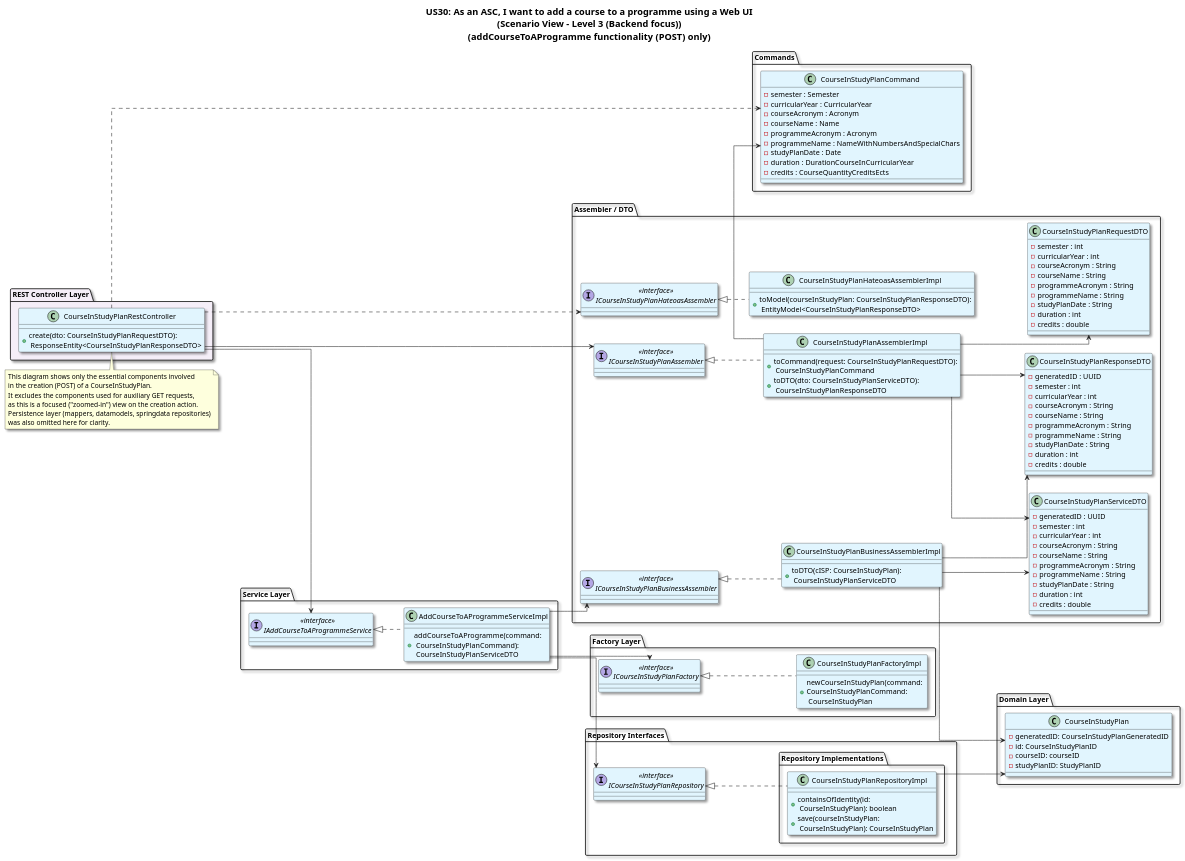
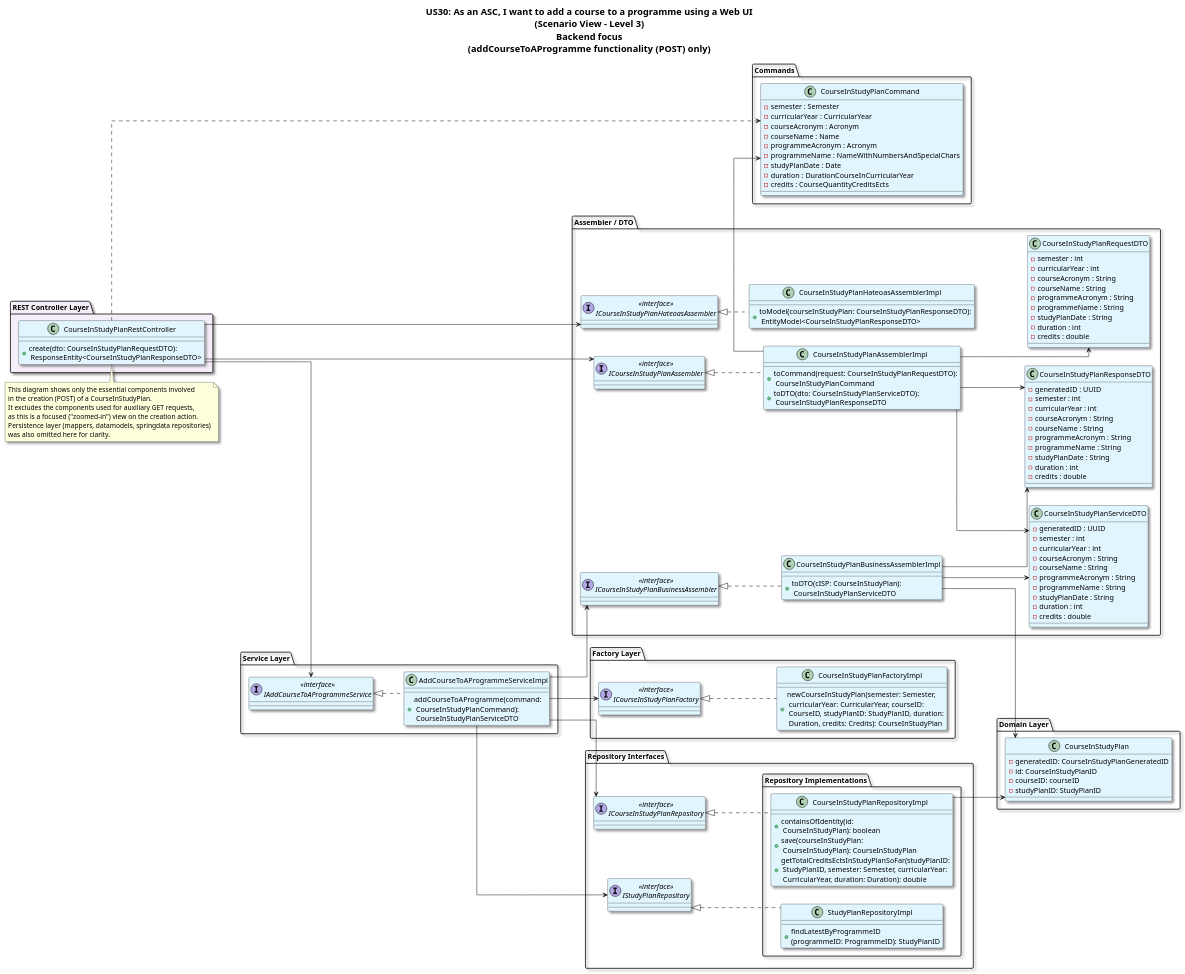
The diagram in docs/US30/Sprint_7/ScenarioView/Level3_ComponentContext_Backend.puml (GasparISEP/DevOps-PAI), drawn with PlantUML before and after one commit.

Commit message:
docs(add-course-to-a-programme): refactor level 3 scenario diagram to fully reflect logic and add important missing methods, classes and relationships (refs: #701, #704)

```diff
--- a/docs/US30/Sprint_7/ScenarioView/Level3_ComponentContext_Backend.puml
+++ b/docs/US30/Sprint_7/ScenarioView/Level3_ComponentContext_Backend.puml
@@ -1,178 +1,185 @@
 @startuml
-title: US30: As an ASC, I want to add a course to a programme using a Web UI\n(Scenario View - Level 3 (Backend focus))\n(addCourseToAProgramme functionality (POST) only)
+title: US30: As an ASC, I want to add a course to a programme using a Web UI\n(Scenario View - Level 3)\nBackend focus\n(addCourseToAProgramme functionality (POST) only)
 
 
 ' ========== SETTINGS ==========
 skinparam classBackgroundColor #E1F5FE
 skinparam titleFontSize 18
 skinparam linetype ortho
 skinparam LegendBackgroundColor white
 skinparam LegendBorderColor white
 skinparam classFontSize 14
 skinparam shadowing true
 skinparam rectangle {
   RoundCorner 20
 }
 skinparam classBorderColor Black
 left to right direction
 
 
 package "REST Controller Layer" #F5EEF8 {
   class CourseInStudyPlanRestController {
     +create(dto: CourseInStudyPlanRequestDTO):\n ResponseEntity<CourseInStudyPlanResponseDTO>
     }
 }
 
 note top
 This diagram shows only the essential components involved
 in the creation (POST) of a CourseInStudyPlan.
 It excludes the components used for auxiliary GET requests,
 as this is a focused ("zoomed-in") view on the creation action.
 Persistence layer (mappers, datamodels, springdata repositories)
 was also omitted here for clarity.
 end note
 
 package "Service Layer" {
   interface "<<interface>>\nIAddCourseToAProgrammeService" as IAddCourseToAProgrammeService
   class AddCourseToAProgrammeServiceImpl {
     +addCourseToAProgramme(command:\n CourseInStudyPlanCommand):\n CourseInStudyPlanServiceDTO
   }
 }
 
 package "Assembler / DTO" {
   interface "<<interface>>\nICourseInStudyPlanAssembler" as ICourseInStudyPlanAssembler
   class CourseInStudyPlanAssemblerImpl {
 +toCommand(request: CourseInStudyPlanRequestDTO):\n CourseInStudyPlanCommand
 +toDTO(dto: CourseInStudyPlanServiceDTO):\n CourseInStudyPlanResponseDTO
 }
   interface "<<interface>>\nICourseInStudyPlanBusinessAssembler" as ICourseInStudyPlanBusinessAssembler
     class CourseInStudyPlanBusinessAssemblerImpl {
   +toDTO(cISP: CourseInStudyPlan):\n CourseInStudyPlanServiceDTO
   }
   interface "<<interface>>\nICourseInStudyPlanHateoasAssembler" as ICourseInStudyPlanHateoasAssembler
   class CourseInStudyPlanHateoasAssemblerImpl {
   + toModel(courseInStudyPlan: CourseInStudyPlanResponseDTO):\n EntityModel<CourseInStudyPlanResponseDTO>
   }
 
 
   class CourseInStudyPlanRequestDTO {
     - semester : int
     - curricularYear : int
     - courseAcronym : String
     - courseName : String
     - programmeAcronym : String
     - programmeName : String
     - studyPlanDate : String
     - duration : int
     - credits : double
   }
 
 
   class CourseInStudyPlanResponseDTO {
     - generatedID : UUID
     - semester : int
     - curricularYear : int
     - courseAcronym : String
     - courseName : String
     - programmeAcronym : String
     - programmeName : String
     - studyPlanDate : String
     - duration : int
     - credits : double
   }
 
   class CourseInStudyPlanServiceDTO {
       - generatedID : UUID
       - semester : int
       - curricularYear : int
       - courseAcronym : String
       - courseName : String
       - programmeAcronym : String
       - programmeName : String
       - studyPlanDate : String
       - duration : int
       - credits : double
   }
 }
 
 package "Commands" {
 class CourseInStudyPlanCommand {
     - semester : Semester
     - curricularYear : CurricularYear
     - courseAcronym : Acronym
     - courseName : Name
     - programmeAcronym : Acronym
     - programmeName : NameWithNumbersAndSpecialChars
     - studyPlanDate : Date
     - duration : DurationCourseInCurricularYear
     - credits : CourseQuantityCreditsEcts
 }
 }
 
 package "Domain Layer" {
   class CourseInStudyPlan {
     -generatedID: CourseInStudyPlanGeneratedID
     -id: CourseInStudyPlanID
     -courseID: courseID
     -studyPlanID: StudyPlanID
   }
 }
 
 package "Factory Layer" {
   interface "<<interface>>\nICourseInStudyPlanFactory" as ICourseInStudyPlanFactory
   class CourseInStudyPlanFactoryImpl {
-    +newCourseInStudyPlan(command: \nCourseInStudyPlanCommand:\n CourseInStudyPlan
+    +newCourseInStudyPlan(semester: Semester,\n curricularYear: CurricularYear, courseID:\n CourseID, studyPlanID: StudyPlanID, duration:\n Duration, credits: Credits): CourseInStudyPlan
   }
 }
 
 
 package "Repository Interfaces" {
   interface "<<interface>>\nICourseInStudyPlanRepository" as ICourseInStudyPlanRepository
+  interface "<<interface>>\nIStudyPlanRepository" as IStudyPlanRepository
 
   package "Repository Implementations"{
   class CourseInStudyPlanRepositoryImpl {
     +containsOfIdentity(id:\n CourseInStudyPlan): boolean
     +save(courseInStudyPlan:\n CourseInStudyPlan): CourseInStudyPlan
+    +getTotalCreditsEctsInStudyPlanSoFar(studyPlanID:\n StudyPlanID, semester: Semester, curricularYear:\n CurricularYear, duration: Duration): double
+  }
+  class StudyPlanRepositoryImpl {
+    +findLatestByProgrammeID\n(programmeID: ProgrammeID): StudyPlanID
   }
 }
 
 
 ' Relationships
 CourseInStudyPlanRestController --> IAddCourseToAProgrammeService
 IAddCourseToAProgrammeService <|.. AddCourseToAProgrammeServiceImpl
 
 CourseInStudyPlanRestController --> ICourseInStudyPlanAssembler
 ICourseInStudyPlanAssembler <|.. CourseInStudyPlanAssemblerImpl
 ICourseInStudyPlanBusinessAssembler <|.. CourseInStudyPlanBusinessAssemblerImpl
 
 AddCourseToAProgrammeServiceImpl --> ICourseInStudyPlanFactory
 ICourseInStudyPlanFactory <|.. CourseInStudyPlanFactoryImpl
 
 AddCourseToAProgrammeServiceImpl --> ICourseInStudyPlanBusinessAssembler
 
 AddCourseToAProgrammeServiceImpl --> ICourseInStudyPlanRepository
+AddCourseToAProgrammeServiceImpl --> IStudyPlanRepository
 ICourseInStudyPlanRepository <|.. CourseInStudyPlanRepositoryImpl
+IStudyPlanRepository <|.. StudyPlanRepositoryImpl
 
 
 
 
 CourseInStudyPlanRepositoryImpl --> CourseInStudyPlan
 
 
 
 
 
 ICourseInStudyPlanHateoasAssembler <|.. CourseInStudyPlanHateoasAssemblerImpl
 
 CourseInStudyPlanAssemblerImpl --> CourseInStudyPlanRequestDTO
 CourseInStudyPlanBusinessAssemblerImpl --> CourseInStudyPlanResponseDTO
 CourseInStudyPlanBusinessAssemblerImpl --> CourseInStudyPlan
 CourseInStudyPlanBusinessAssemblerImpl --> CourseInStudyPlanServiceDTO
 CourseInStudyPlanAssemblerImpl --> CourseInStudyPlanServiceDTO
 
 CourseInStudyPlanAssemblerImpl -> CourseInStudyPlanCommand
 CourseInStudyPlanAssemblerImpl -> CourseInStudyPlanResponseDTO
 CourseInStudyPlanRestController ..> CourseInStudyPlanCommand
-CourseInStudyPlanRestController ..> ICourseInStudyPlanHateoasAssembler
+CourseInStudyPlanRestController --> ICourseInStudyPlanHateoasAssembler
 
 @enduml
```
